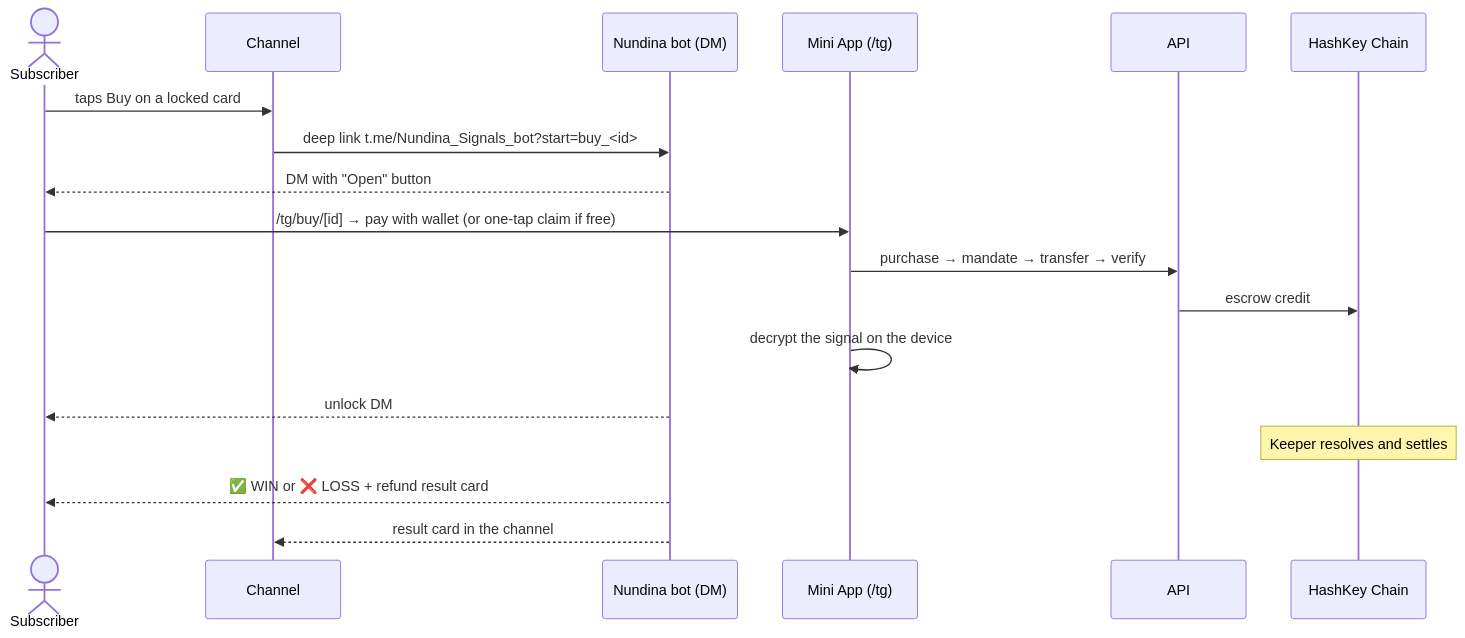
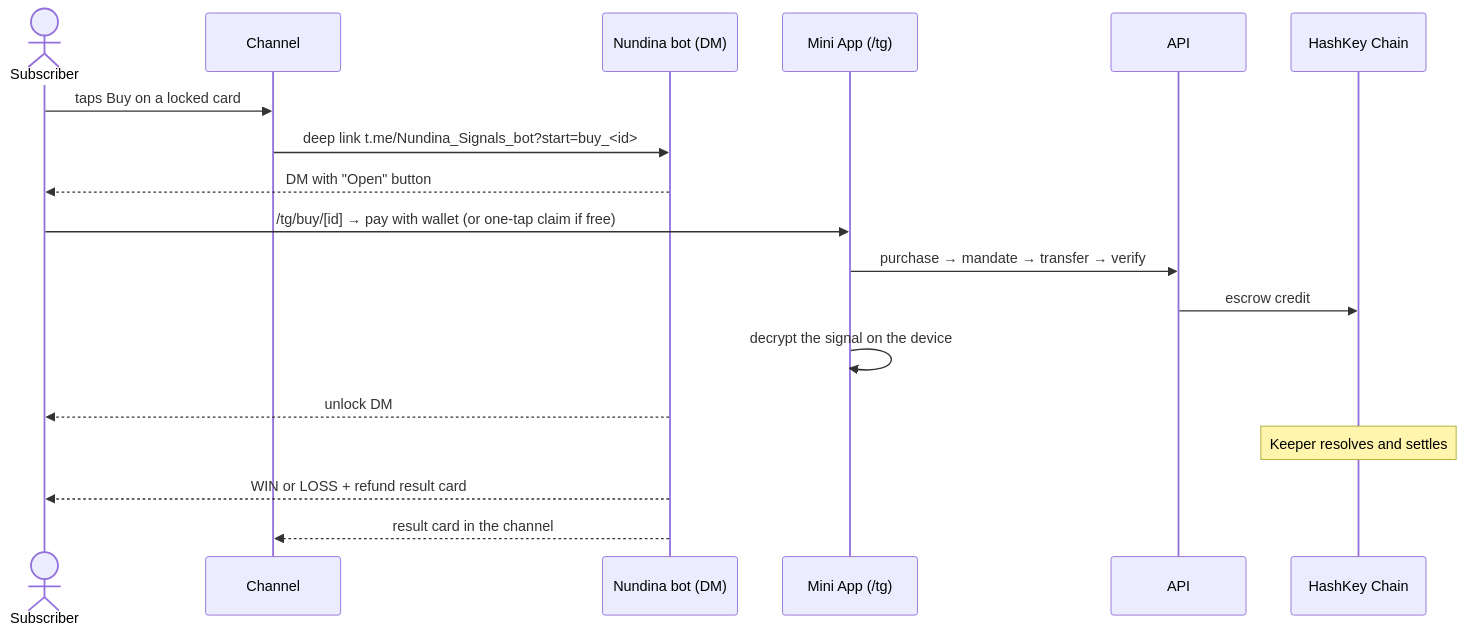
The seventh of 10 diagrams in README.md (rohan911438/Nundina), drawn with Mermaid before and after one commit. The commit also changed other lines of this file and 1 other file, not shown here.

````diff
--- a/README.md
+++ b/README.md
@@ -336,21 +389,21 @@
 ```mermaid
 sequenceDiagram
   actor S as Subscriber
   participant CH as Channel
   participant BOT as Nundina bot (DM)
   participant MA as Mini App (/tg)
   participant A as API
   participant C as HashKey Chain
 
   S->>CH: taps Buy on a locked card
   CH->>BOT: deep link t.me/Nundina_Signals_bot?start=buy_<id>
   BOT-->>S: DM with "Open" button
   S->>MA: /tg/buy/[id] → pay with wallet (or one-tap claim if free)
   MA->>A: purchase → mandate → transfer → verify
   A->>C: escrow credit
   MA->>MA: decrypt the signal on the device
   BOT-->>S: unlock DM
   Note over C: Keeper resolves and settles
-  BOT-->>S: ✅ WIN or ❌ LOSS + refund result card
+  BOT-->>S: WIN or LOSS + refund result card
   BOT-->>CH: result card in the channel
 ```
````
